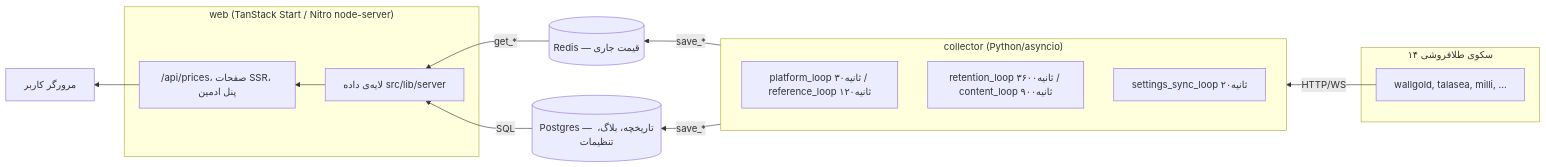
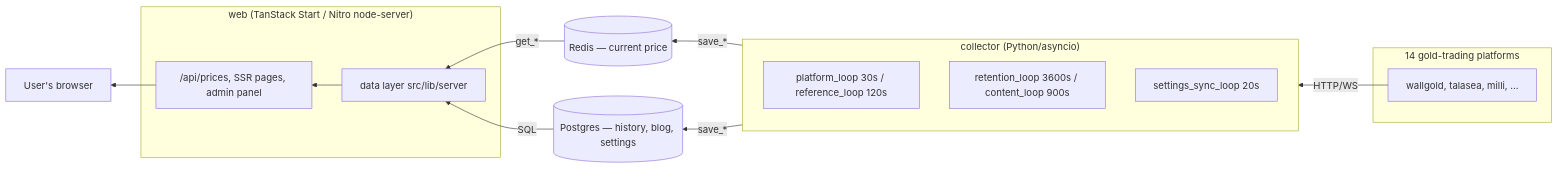
One commit to smzerehpoush/mazane.online changed the diagram in README.md. Above: the diagram before and after it, drawn with Mermaid. The commit also changed other lines of this file and 175 other files, not shown here.

````diff
--- a/README.md
+++ b/README.md
@@ -7,26 +7,26 @@
 ```mermaid
 flowchart RL
-    subgraph platforms["۱۴ سکوی طلافروشی"]
+    subgraph platforms["14 gold-trading platforms"]
         P[wallgold, talasea, milli, …]
     end
     subgraph collector["collector (Python/asyncio)"]
         direction TB
-        C1["platform_loop ۳۰ثانیه / reference_loop ۱۲۰ثانیه"]
-        C2["retention_loop ۳۶۰۰ثانیه / content_loop ۹۰۰ثانیه"]
-        C3["settings_sync_loop ۲۰ثانیه"]
+        C1["platform_loop 30s / reference_loop 120s"]
+        C2["retention_loop 3600s / content_loop 900s"]
+        C3["settings_sync_loop 20s"]
     end
-    Redis[(Redis — قیمت جاری)]
-    PG[(Postgres — تاریخچه، بلاگ، تنظیمات)]
+    Redis[(Redis — current price)]
+    PG[(Postgres — history, blog, settings)]
     subgraph web["web (TanStack Start / Nitro node-server)"]
-        W1["لایه‌ی داده src/lib/server"]
-        W2["/api/prices، صفحات SSR، پنل ادمین"]
+        W1["data layer src/lib/server"]
+        W2["/api/prices, SSR pages, admin panel"]
     end
-    Browser[مرورگر کاربر]
+    Browser[User's browser]
 
     P -- HTTP/WS --> collector
     collector -- save_* --> Redis
     collector -- save_* --> PG
     Redis -- get_* --> W1
     PG -- SQL --> W1
     W1 --> W2 --> Browser
 ```
````
